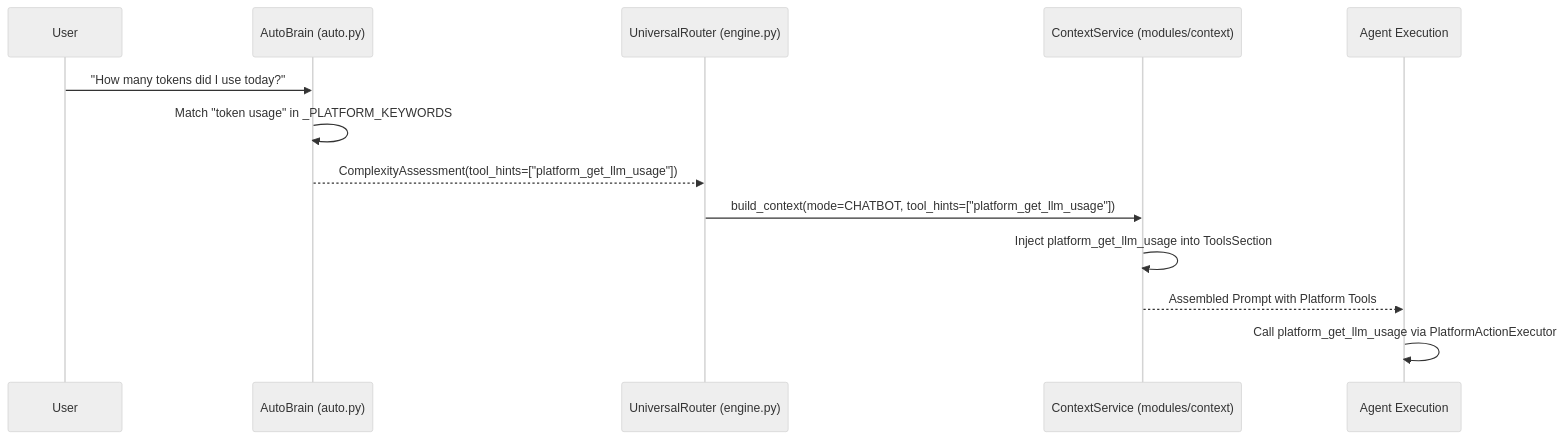
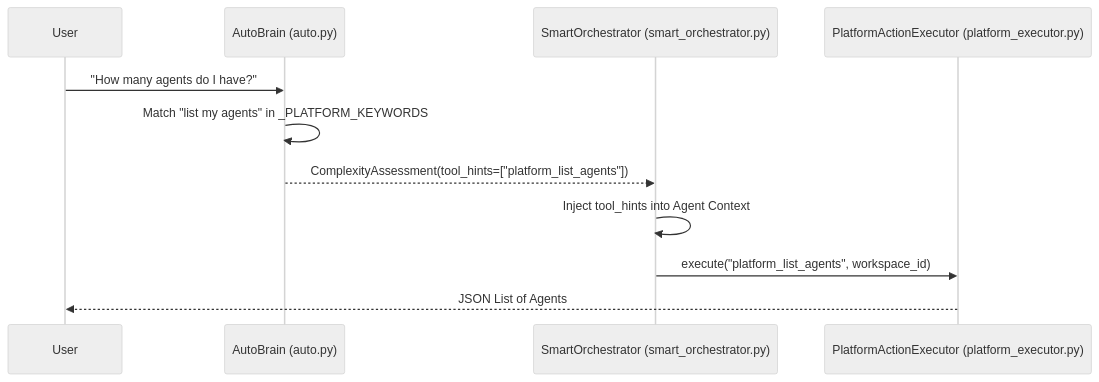
The second of 2 diagrams in docs/platform-actions/_index.md (AutomatosAI/automatos-ai), drawn with Mermaid (neutral theme) before and after one commit. The commit also changed other lines of this file and 153 other files, not shown here.

````diff
--- a/docs/platform-actions/_index.md
+++ b/docs/platform-actions/_index.md
@@ -146,18 +127,15 @@
 ```mermaid
 sequenceDiagram
     participant U as User
     participant AB as AutoBrain (auto.py)
-    participant UR as UniversalRouter (engine.py)
-    participant CS as ContextService (modules/context)
-    participant AG as Agent Execution
+    participant SO as SmartOrchestrator (smart_orchestrator.py)
+    participant PE as PlatformActionExecutor (platform_executor.py)
     
-    U->>AB: "How many tokens did I use today?"
-    AB->>AB: Match "token usage" in _PLATFORM_KEYWORDS
-    AB-->>UR: ComplexityAssessment(tool_hints=["platform_get_llm_usage"])
+    U->>AB: "How many agents do I have?"
+    AB->>AB: Match "list my agents" in _PLATFORM_KEYWORDS
+    AB-->>SO: ComplexityAssessment(tool_hints=["platform_list_agents"])
     
-    UR->>CS: build_context(mode=CHATBOT, tool_hints=["platform_get_llm_usage"])
-    CS->>CS: Inject platform_get_llm_usage into ToolsSection
-    CS-->>AG: Assembled Prompt with Platform Tools
-    
-    AG->>AG: Call platform_get_llm_usage via PlatformActionExecutor
+    SO->>SO: Inject tool_hints into Agent Context
+    SO->>PE: execute("platform_list_agents", workspace_id)
+    PE-->>U: JSON List of Agents
 ```
````
